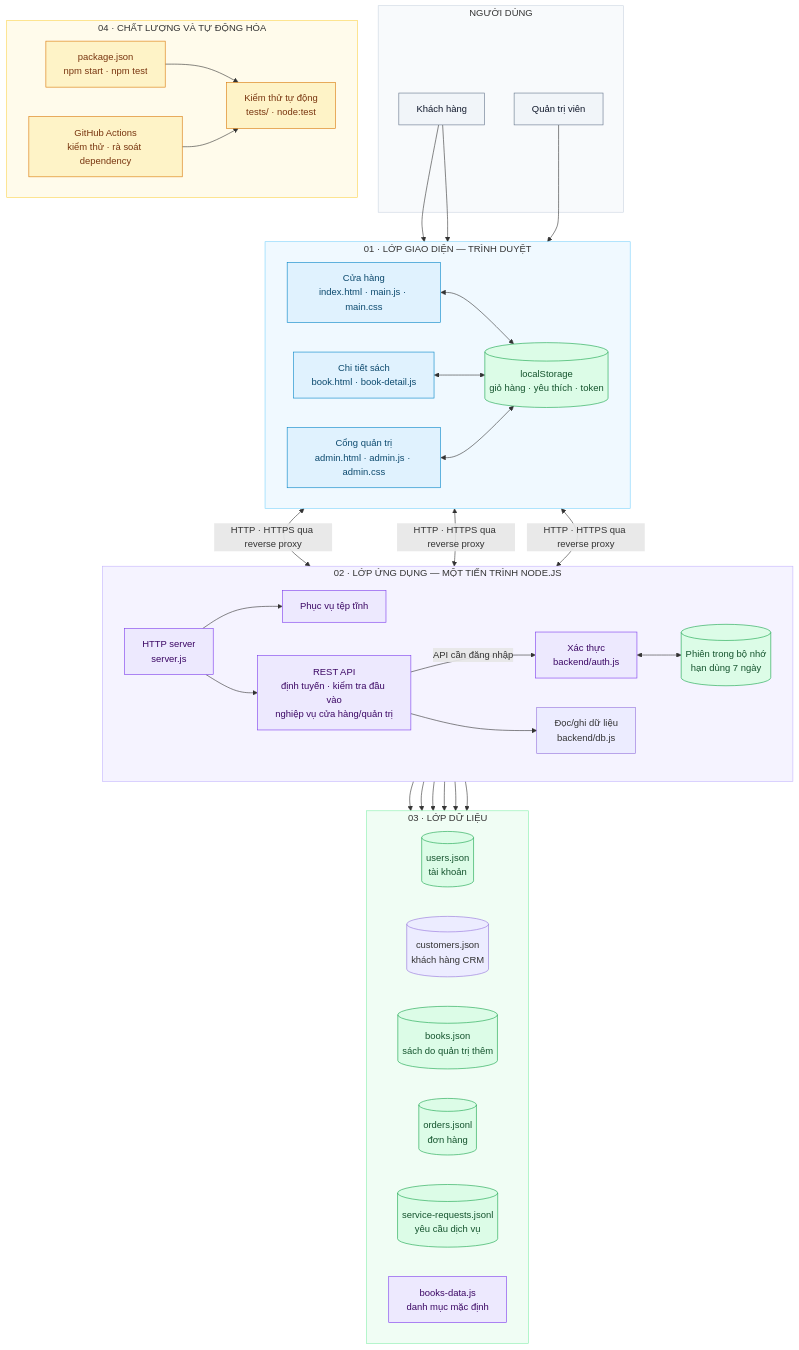
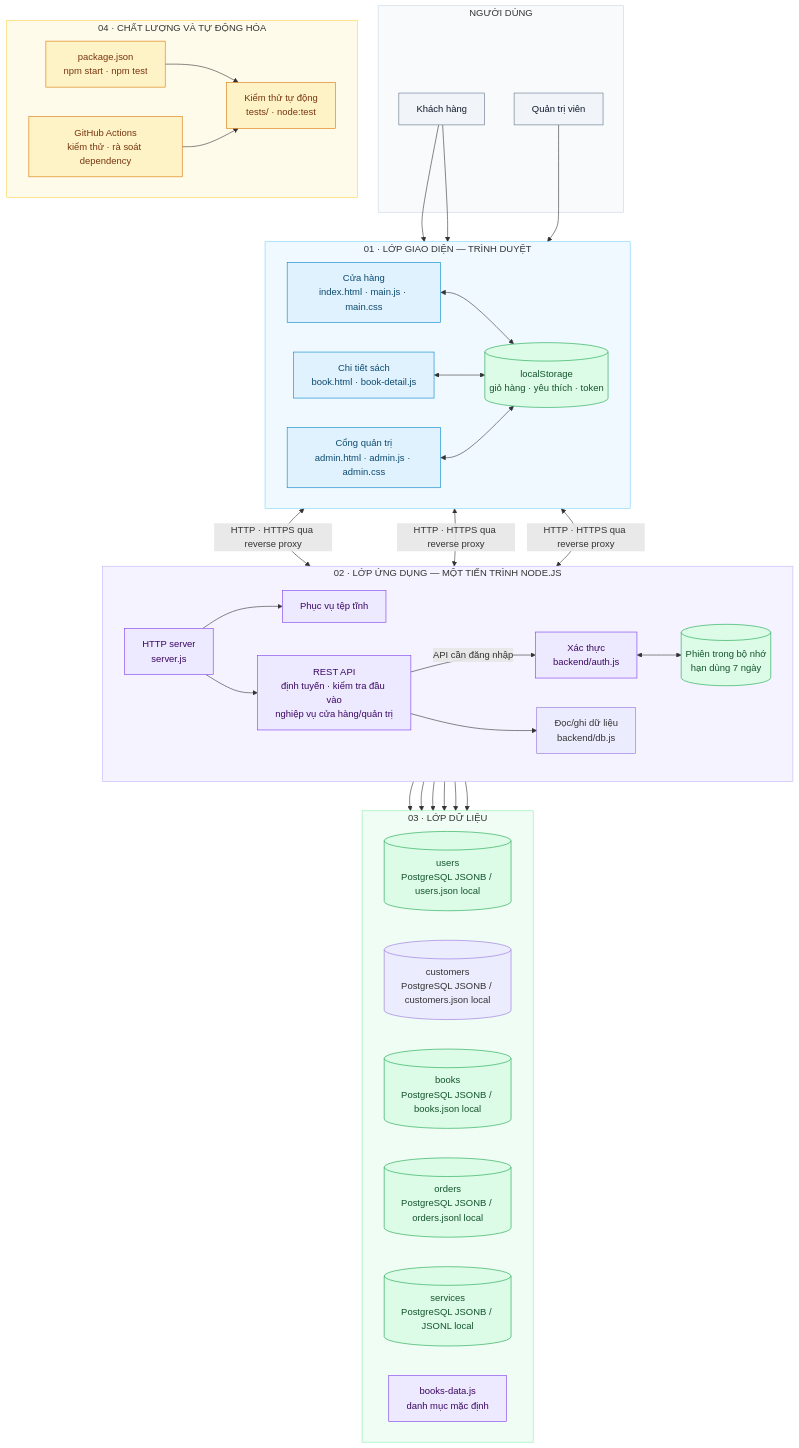
Before and after one commit to duongcongcao-0312/duannhom5-main: the diagram in README.md, drawn with Mermaid. The commit also changed other lines of this file and 18 other files, not shown here.

Commit message:
Prepare cloud deployment with PostgreSQL

````diff
--- a/README.md
+++ b/README.md
@@ -185,82 +222,82 @@
 ```mermaid
 flowchart TB
     subgraph USER["NGƯỜI DÙNG"]
         CUSTOMER["Khách hàng"]
         ADMIN["Quản trị viên"]
     end
 
     subgraph CLIENT["01 · LỚP GIAO DIỆN — TRÌNH DUYỆT"]
         direction LR
         STORE["Cửa hàng<br/>index.html · main.js · main.css"]
         DETAIL["Chi tiết sách<br/>book.html · book-detail.js"]
         ADMIN_UI["Cổng quản trị<br/>admin.html · admin.js · admin.css"]
         BROWSER_DATA[("localStorage<br/>giỏ hàng · yêu thích · token")]
         STORE <--> BROWSER_DATA
         DETAIL <--> BROWSER_DATA
         ADMIN_UI <--> BROWSER_DATA
     end
 
     subgraph APP["02 · LỚP ỨNG DỤNG — MỘT TIẾN TRÌNH NODE.JS"]
         direction LR
         SERVER["HTTP server<br/>server.js"]
         STATIC["Phục vụ tệp tĩnh"]
         API["REST API<br/>định tuyến · kiểm tra đầu vào<br/>nghiệp vụ cửa hàng/quản trị"]
         AUTH["Xác thực<br/>backend/auth.js"]
         SESSION[("Phiên trong bộ nhớ<br/>hạn dùng 7 ngày")]
         REPOSITORY["Đọc/ghi dữ liệu<br/>backend/db.js"]
         SERVER --> STATIC
         SERVER --> API
         API -->|"API cần đăng nhập"| AUTH
         AUTH <--> SESSION
         API --> REPOSITORY
     end
 
     subgraph DATA["03 · LỚP DỮ LIỆU"]
         direction LR
-        USERS[("users.json<br/>tài khoản")]
-        CUSTOMERS[("customers.json<br/>khách hàng CRM")]
-        BOOKS[("books.json<br/>sách do quản trị thêm")]
-        ORDERS[("orders.jsonl<br/>đơn hàng")]
-        SERVICES[("service-requests.jsonl<br/>yêu cầu dịch vụ")]
+        USERS[("users<br/>PostgreSQL JSONB / users.json local")]
+        CUSTOMERS[("customers<br/>PostgreSQL JSONB / customers.json local")]
+        BOOKS[("books<br/>PostgreSQL JSONB / books.json local")]
+        ORDERS[("orders<br/>PostgreSQL JSONB / orders.jsonl local")]
+        SERVICES[("services<br/>PostgreSQL JSONB / JSONL local")]
         CATALOG["books-data.js<br/>danh mục mặc định"]
     end
 
     subgraph QUALITY["04 · CHẤT LƯỢNG VÀ TỰ ĐỘNG HÓA"]
         direction LR
         TESTS["Kiểm thử tự động<br/>tests/ · node:test"]
         CI["GitHub Actions<br/>kiểm thử · rà soát dependency"]
         PACKAGE["package.json<br/>npm start · npm test"]
         PACKAGE --> TESTS
         CI --> TESTS
     end
 
     CUSTOMER --> STORE
     CUSTOMER --> DETAIL
     ADMIN --> ADMIN_UI
     STORE <-->|"HTTP · HTTPS qua reverse proxy"| SERVER
     DETAIL <-->|"HTTP · HTTPS qua reverse proxy"| SERVER
     ADMIN_UI <-->|"HTTP · HTTPS qua reverse proxy"| SERVER
     REPOSITORY --> USERS
     REPOSITORY --> CUSTOMERS
     REPOSITORY --> BOOKS
     REPOSITORY --> ORDERS
     REPOSITORY --> SERVICES
     API --> CATALOG
 
     classDef people fill:#f1f5f9,stroke:#64748b,color:#0f172a,stroke-width:1px
     classDef client fill:#e0f2fe,stroke:#0284c7,color:#0c4a6e,stroke-width:1px
     classDef app fill:#ede9fe,stroke:#7c3aed,color:#3b0764,stroke-width:1px
     classDef storage fill:#dcfce7,stroke:#16a34a,color:#14532d,stroke-width:1px
     classDef quality fill:#fef3c7,stroke:#d97706,color:#78350f,stroke-width:1px
     class CUSTOMER,ADMIN people
     class STORE,DETAIL,ADMIN_UI client
     class SERVER,STATIC,API,AUTH app
     class BROWSER_DATA,SESSION,USERS,BOOKS,ORDERS,SERVICES storage
     class CATALOG app
     class TESTS,CI,PACKAGE quality
     style USER fill:#f8fafc,stroke:#cbd5e1
     style CLIENT fill:#f0f9ff,stroke:#7dd3fc
     style APP fill:#f5f3ff,stroke:#c4b5fd
     style DATA fill:#f0fdf4,stroke:#86efac
     style QUALITY fill:#fffbeb,stroke:#fcd34d
 ```
````
